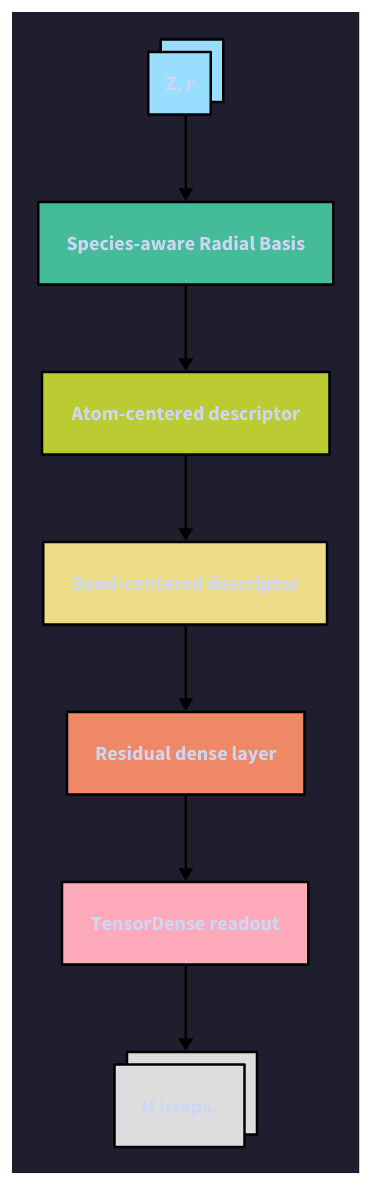
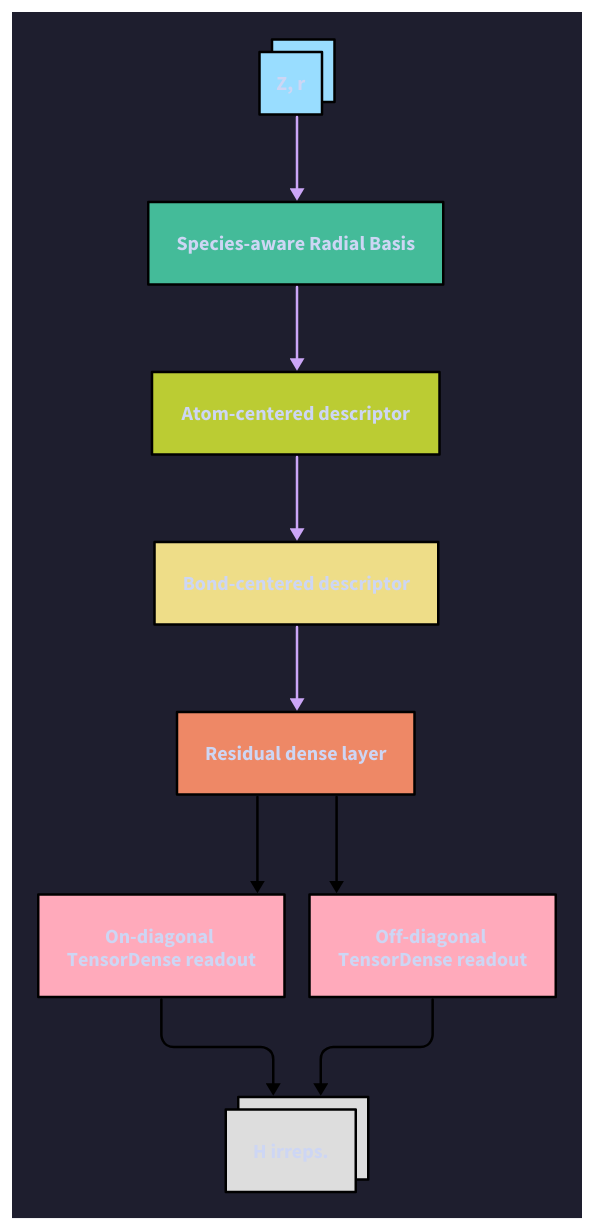
The diagram in architecture_figures/0_overview.d2 (SamsungDS/gears_h), drawn with D2 before and after one commit.

Commit message:
Update architechture overview figure.

```diff
--- a/architecture_figures/0_overview.d2
+++ b/architecture_figures/0_overview.d2
@@ -1,101 +1,104 @@
 vars: {
     d2-config: {
       layout-engine: elk
       theme-id: 200
     }
 }
 
 # ins: {equation: |latex 
 #         Z_i, Z_j, r_{ij}|
 # }
 ins: Z, r
 ins.class: input
 sarb: Species-aware Radial Basis {class: sarb}
 ac: Atom-centered descriptor {class: ac}
 bc: Bond-centered descriptor {class: bc}
 rd: Residual dense layer {class: rd}
-ro: TensorDense readout {class: ro}
+ondro: On-diagonal \nTensorDense readout {class: ro}
+offdro: Off-diagonal \nTensorDense readout {class: ro}
 outs: H irreps. {class: outs}
 # sarb.class: sarb
 
-ins -> sarb -> ac -> bc -> rd -> ro -> outs: {style: {stroke: "#000000"}}
+ins -> sarb -> ac -> bc -> rd 
+rd -> ondro -> outs: {style: {stroke: "#000000"}}
+rd -> offdro -> outs: {style: {stroke: "#000000"}}
 # sarb -> ac: {style: {stroke: "#000000"}}
 # ac -> bc: {style: {stroke: "#000000"}}
 # bc -> rd
 
 
 
 classes: {
     empty: {
             label: ""
             width: 50
             height: 50
             style: {
                 fill: transparent
                 stroke: transparent
             }
     }
     sarb: {
         style: {
             fill: "#44BB99"
             stroke: "#000000"
         }
     }
     ac: {
         style: {
             fill: "#BBCC33"
             stroke: "#000000"
         }
     }
     bc: {
         style: {
             fill: "#EEDD88"
             stroke: "#000000"
         }
     }
     rd: {
         style: {
             fill: "#EE8866"
             stroke: "#000000"
         }
     }
     ro: {
         style: {
             fill: "#FFAABB"
             stroke: "#000000"
         }
     }
     outs: {
         style: {
             fill: "#DDDDDD"
             stroke: "#000000"
             multiple: true
         }
     }
     input : {
         # label: ""
         width: 50
         height: 50
         style: {
             fill: "#99DDFF"
             stroke: "#000000"
             multiple: true
         }
     }
 }
 
 
 
 # if colorset == 'light':
 #     cset = namedtuple('Lcset',
 #                     'light_blue orange    light_yellow pink    light_cyan 
 #                      mint      pear       olive      pale_grey black')
 #         return cset('#77AADD', '#EE8866', '#EEDD88', '#FFAABB', '#99DDFF',
 #                     '#44BB99', '#BBCC33', '#AAAA00', '#DDDDDD', '#000000')
 
 # if colorset == 'bright':
 #         cset = namedtuple('Bcset',
 #                     'blue      red        green      yellow     cyan
 #                     purple     grey       black')
 #         return cset('#4477AA', '#EE6677', '#228833', '#CCBB44', '#66CCEE',
 #                     '#AA3377', '#BBBBBB', '#000000')
```
